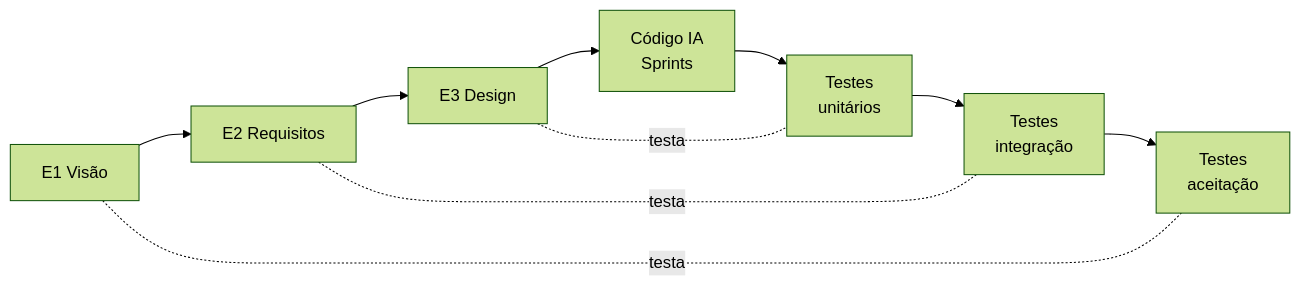
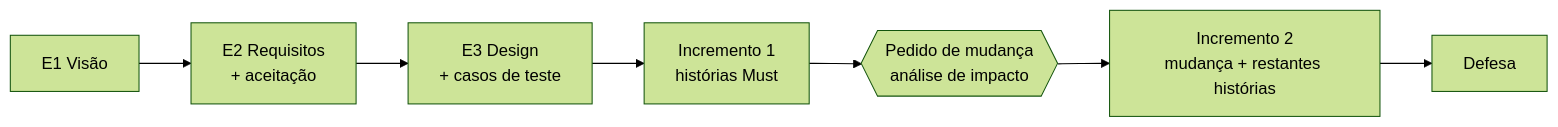
One commit to GabrielStangarlin/GymFlow changed the second of 2 diagrams in docs/E1-visao-e-plano.md. Above: the diagram before and after it, drawn with Mermaid (forest theme). The commit also changed other lines of this file and 1 other file, not shown here.

````diff
--- a/docs/E1-visao-e-plano.md
+++ b/docs/E1-visao-e-plano.md
@@ -232,12 +137,9 @@
 ```mermaid
 flowchart LR
-    A[E1 Visão] --> B[E2 Requisitos]
-    B --> C[E3 Design]
-    C --> D[Código IA<br/>Sprints]
-    D --> E[Testes<br/>unitários]
-    E --> F[Testes<br/>integração]
-    F --> G[Testes<br/>aceitação]
-    C -. testa .- E
-    B -. testa .- F
-    A -. testa .- G
+    A[E1 Visão] --> B[E2 Requisitos<br/>+ aceitação]
+    B --> C[E3 Design<br/>+ casos de teste]
+    C --> D[Incremento 1<br/>histórias Must]
+    D --> M{{Pedido de mudança<br/>análise de impacto}}
+    M --> E[Incremento 2<br/>mudança + restantes histórias]
+    E --> F[Defesa]
 ```
````
